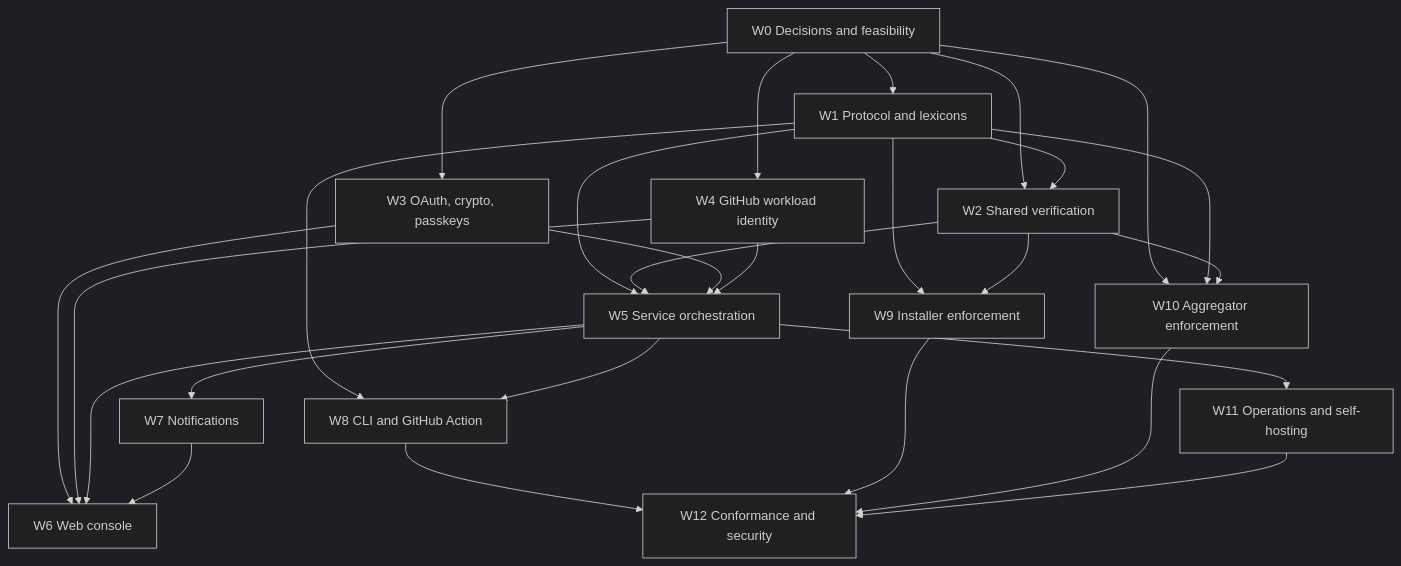
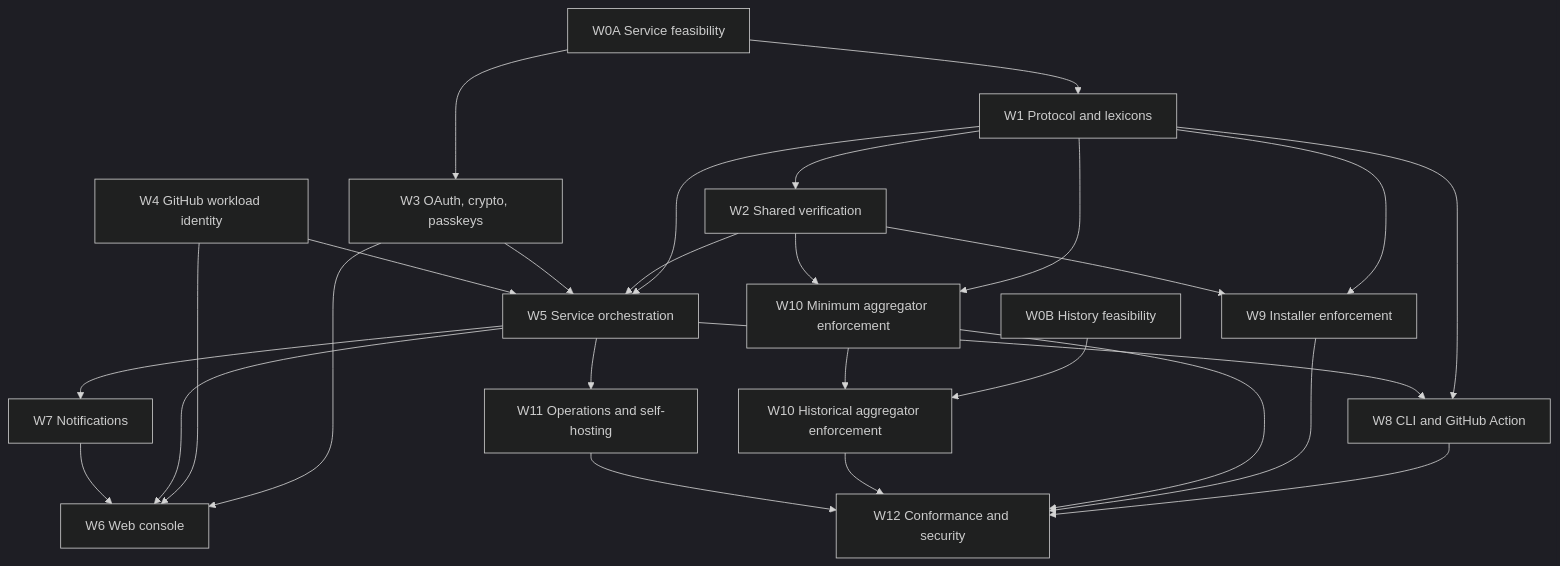
One commit to emdash-cms/emdash changed the diagram in .opencode/plans/delegated-release-service/implementation-plan.md. Above: the diagram before and after it, drawn with Mermaid (dark theme). The commit also changed other lines of this file and 2 other files, not shown here.

````diff
--- a/.opencode/plans/delegated-release-service/implementation-plan.md
+++ b/.opencode/plans/delegated-release-service/implementation-plan.md
@@ -70,43 +89,45 @@
 ```mermaid
 flowchart TD
-    W0[W0 Decisions and feasibility]
+    W0A[W0A Service feasibility]
+    W0B[W0B History feasibility]
     W1[W1 Protocol and lexicons]
     W2[W2 Shared verification]
     W3[W3 OAuth, crypto, passkeys]
     W4[W4 GitHub workload identity]
     W5[W5 Service orchestration]
     W6[W6 Web console]
     W7[W7 Notifications]
     W8[W8 CLI and GitHub Action]
     W9[W9 Installer enforcement]
-    W10[W10 Aggregator enforcement]
+    W10M[W10 Minimum aggregator enforcement]
+    W10H[W10 Historical aggregator enforcement]
     W11[W11 Operations and self-hosting]
     W12[W12 Conformance and security]
 
-    W0 --> W1
-    W0 --> W2
-    W0 --> W3
-    W0 --> W4
-    W0 --> W10
+    W0A --> W1
+    W0A --> W3
+    W0B --> W10H
     W1 --> W2
     W1 --> W5
     W1 --> W8
     W1 --> W9
-    W1 --> W10
+    W1 --> W10M
     W2 --> W5
     W2 --> W9
-    W2 --> W10
+    W2 --> W10M
     W3 --> W5
     W3 --> W6
     W4 --> W5
     W4 --> W6
     W5 --> W6
     W5 --> W7
     W5 --> W8
     W5 --> W11
     W7 --> W6
     W8 --> W12
     W9 --> W12
-    W10 --> W12
+    W10M --> W10H
+    W10M --> W12
+    W10H --> W12
     W11 --> W12
 ```
````
